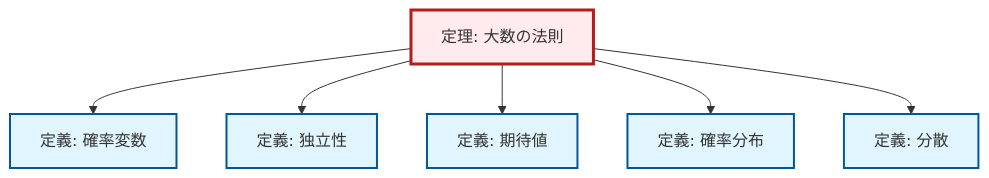
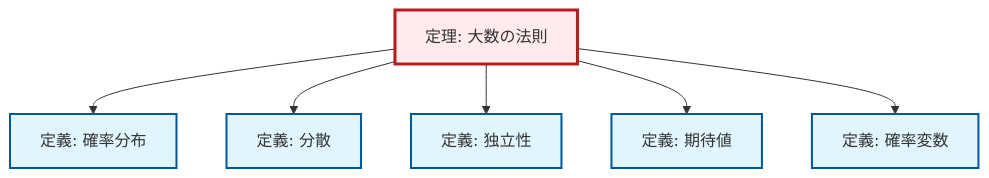
The second of 2 diagrams in content/ja/probability-statistics/thm-law-of-large-numbers.qmd (RK0429/ModernMath), drawn with Mermaid before and after one commit. The commit also changed 672 other files, not shown here.

````diff
--- a/content/ja/probability-statistics/thm-law-of-large-numbers.qmd
+++ b/content/ja/probability-statistics/thm-law-of-large-numbers.qmd
@@ -90,26 +90,26 @@
 ```{mermaid}
-%%| fig-cap: "Local dependency graph"
+%%| fig-cap: "ローカル依存関係グラフ"
 graph TD
     classDef definition fill:#e1f5fe,stroke:#01579b,stroke-width:2px
     classDef theorem fill:#f3e5f5,stroke:#4a148c,stroke-width:2px
     classDef axiom fill:#fff3e0,stroke:#e65100,stroke-width:2px
     classDef example fill:#e8f5e9,stroke:#1b5e20,stroke-width:2px
     classDef current fill:#ffebee,stroke:#b71c1c,stroke-width:3px
+    def-independence["定義: 独立性"]:::definition
+    def-expectation["定義: 期待値"]:::definition
     def-probability-distribution["定義: 確率分布"]:::definition
-    def-expectation["定義: 期待値"]:::definition
+    def-variance["定義: 分散"]:::definition
+    thm-law-of-large-numbers["定理: 大数の法則"]:::theorem
     def-random-variable["定義: 確率変数"]:::definition
-    def-independence["定義: 独立性"]:::definition
-    thm-law-of-large-numbers["定理: 大数の法則"]:::theorem
-    def-variance["定義: 分散"]:::definition
-    thm-law-of-large-numbers --> def-random-variable
+    thm-law-of-large-numbers --> def-probability-distribution
+    thm-law-of-large-numbers --> def-variance
     thm-law-of-large-numbers --> def-independence
     thm-law-of-large-numbers --> def-expectation
-    thm-law-of-large-numbers --> def-probability-distribution
-    thm-law-of-large-numbers --> def-variance
+    thm-law-of-large-numbers --> def-random-variable
     class thm-law-of-large-numbers current
+    click def-independence "def-independence.html" "独立性の定義へ"
+    click def-expectation "def-expectation.html" "期待値の定義へ"
     click def-probability-distribution "def-probability-distribution.html" "確率分布の定義へ"
-    click def-expectation "def-expectation.html" "期待値の定義へ"
+    click def-variance "def-variance.html" "分散の定義へ"
     click def-random-variable "def-random-variable.html" "確率変数の定義へ"
-    click def-independence "def-independence.html" "独立性の定義へ"
-    click def-variance "def-variance.html" "分散の定義へ"
 ```
````
